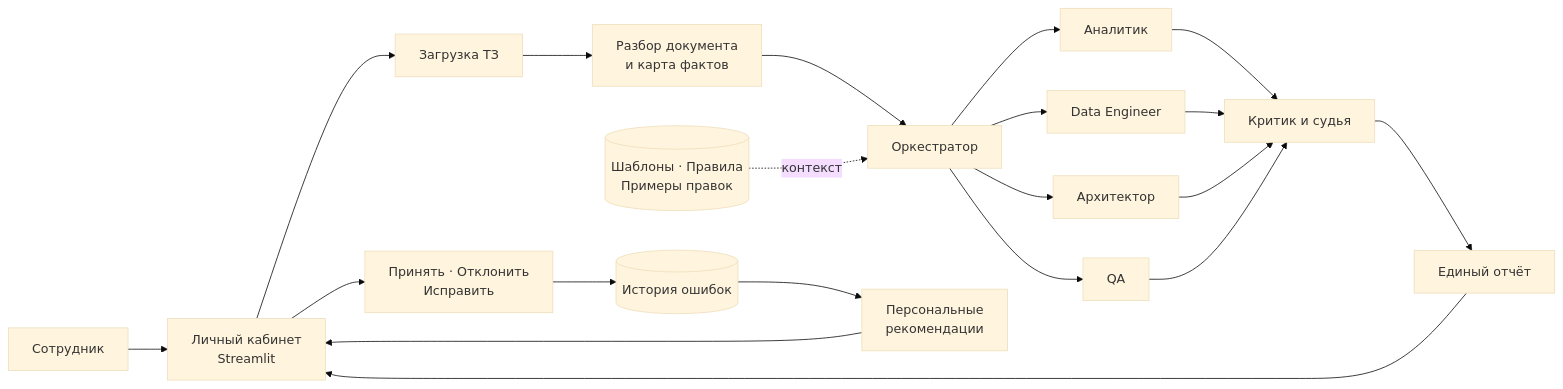
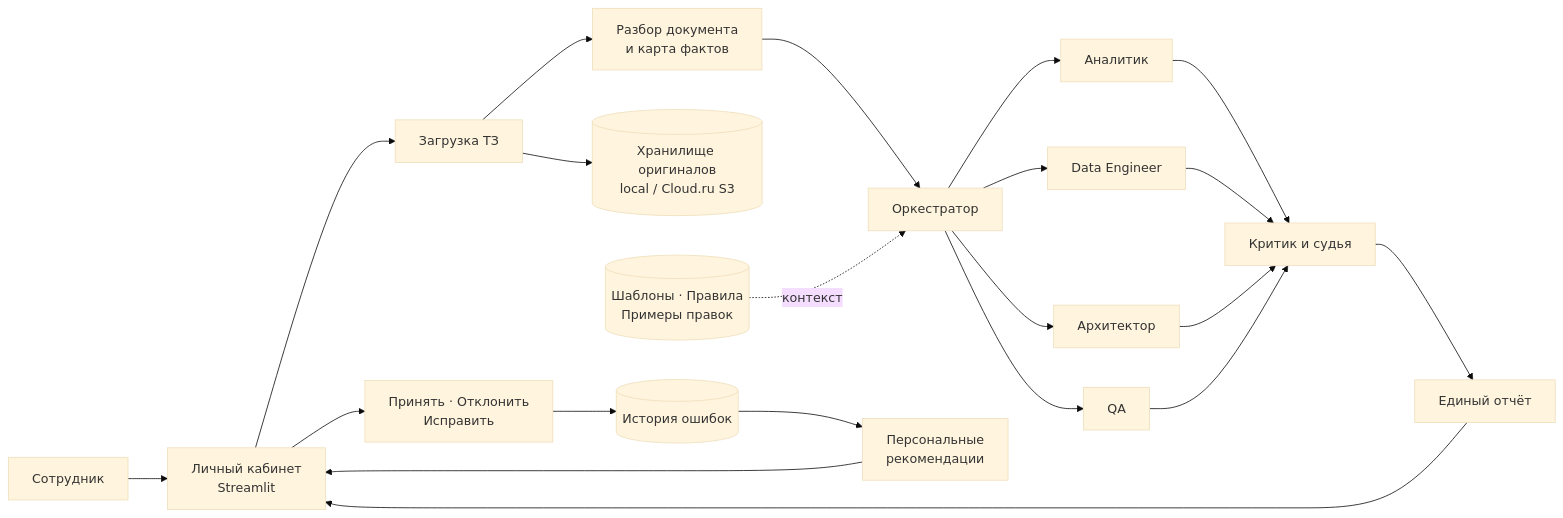
Before and after one commit to 1DenBackyard/itmoxmts: the first of 2 diagrams in README.md, drawn with Mermaid (base theme). The commit also changed other lines of this file and 11 other files, not shown here.

````diff
--- a/README.md
+++ b/README.md
@@ -26,26 +27,27 @@
 ```mermaid
 flowchart LR
     USER["Сотрудник"] --> LK["Личный кабинет<br/>Streamlit"]
     LK --> INPUT["Загрузка ТЗ"]
     INPUT --> PREP["Разбор документа<br/>и карта фактов"]
+    INPUT --> OBJECTS[("Хранилище оригиналов<br/>local / Cloud.ru S3")]
     PREP --> ORCH["Оркестратор"]
 
     ORCH --> A1["Аналитик"]
     ORCH --> A2["Data Engineer"]
     ORCH --> A3["Архитектор"]
     ORCH --> A4["QA"]
 
     A1 --> CONTROL["Критик и судья"]
     A2 --> CONTROL
     A3 --> CONTROL
     A4 --> CONTROL
 
     KB[("Шаблоны · Правила<br/>Примеры правок")] -. контекст .-> ORCH
     CONTROL --> REPORT["Единый отчёт"]
     REPORT --> LK
 
     LK --> DECISION["Принять · Отклонить<br/>Исправить"]
     DECISION --> HISTORY[("История ошибок")]
     HISTORY --> PROFILE["Персональные<br/>рекомендации"]
     PROFILE --> LK
 ```
````
